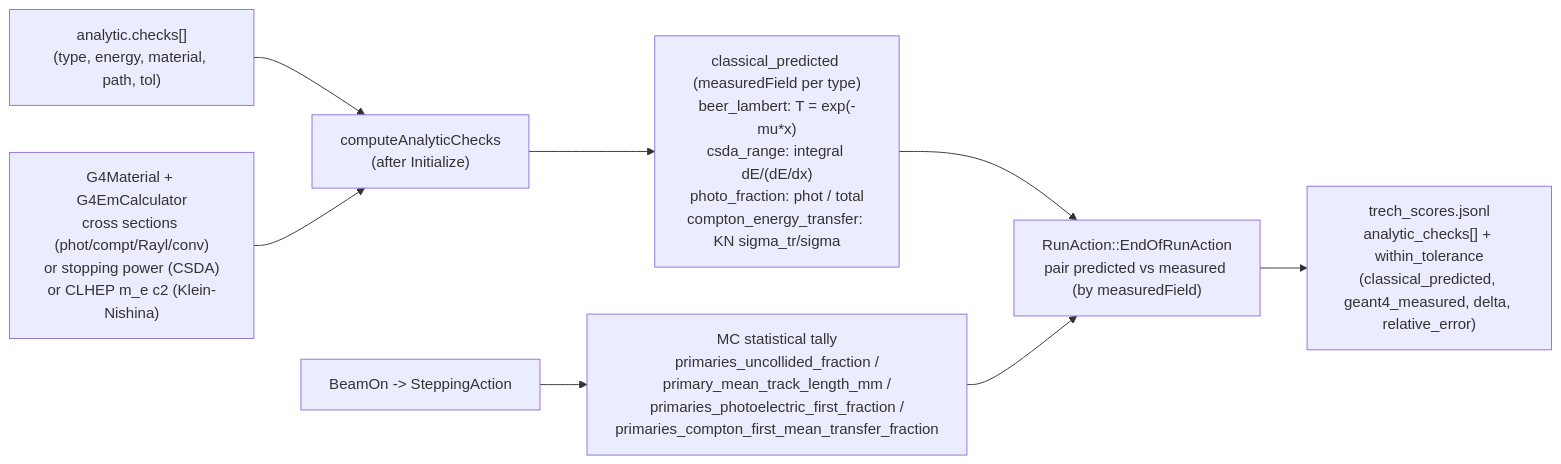
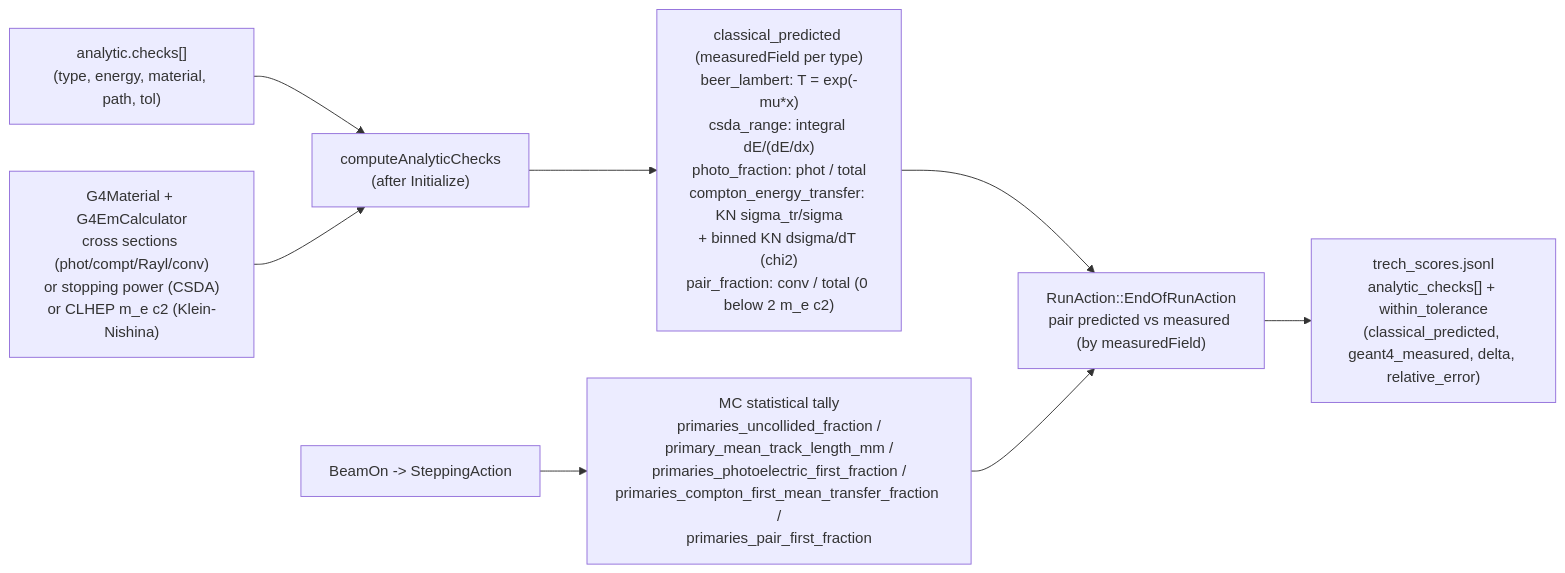
One commit to Geckos-Ink/trech changed diagram 16 of 43 in CHARTS.md. Above: the diagram before and after it, drawn with Mermaid. The commit also changed 21 other files, not shown here.

First line of the commit message:
Add binned Klein-Nishina spectrum and pair-production threshold checks

````diff
--- a/CHARTS.md
+++ b/CHARTS.md
@@ -351,10 +351,10 @@
 ```mermaid
 flowchart LR
   CFG["analytic.checks[]\n(type, energy, material, path, tol)"] --> ACC["computeAnalyticChecks\n(after Initialize)"]
   G4MAT2["G4Material + G4EmCalculator\ncross sections (phot/compt/Rayl/conv)\nor stopping power (CSDA)\nor CLHEP m_e c2 (Klein-Nishina)"] --> ACC
-  ACC --> PRED["classical_predicted (measuredField per type)\nbeer_lambert: T = exp(-mu*x)\ncsda_range: integral dE/(dE/dx)\nphoto_fraction: phot / total\ncompton_energy_transfer: KN sigma_tr/sigma"]
-  BEAMON["BeamOn -> SteppingAction"] --> MEAS["MC statistical tally\nprimaries_uncollided_fraction /\nprimary_mean_track_length_mm /\nprimaries_photoelectric_first_fraction /\nprimaries_compton_first_mean_transfer_fraction"]
+  ACC --> PRED["classical_predicted (measuredField per type)\nbeer_lambert: T = exp(-mu*x)\ncsda_range: integral dE/(dE/dx)\nphoto_fraction: phot / total\ncompton_energy_transfer: KN sigma_tr/sigma\n+ binned KN dsigma/dT (chi2)\npair_fraction: conv / total (0 below 2 m_e c2)"]
+  BEAMON["BeamOn -> SteppingAction"] --> MEAS["MC statistical tally\nprimaries_uncollided_fraction /\nprimary_mean_track_length_mm /\nprimaries_photoelectric_first_fraction /\nprimaries_compton_first_mean_transfer_fraction /\nprimaries_pair_first_fraction"]
   PRED --> CMP["RunAction::EndOfRunAction\npair predicted vs measured (by measuredField)"]
   MEAS --> CMP
   CMP --> OUT["trech_scores.jsonl\nanalytic_checks[] + within_tolerance\n(classical_predicted, geant4_measured, delta, relative_error)"]
 ```
````
